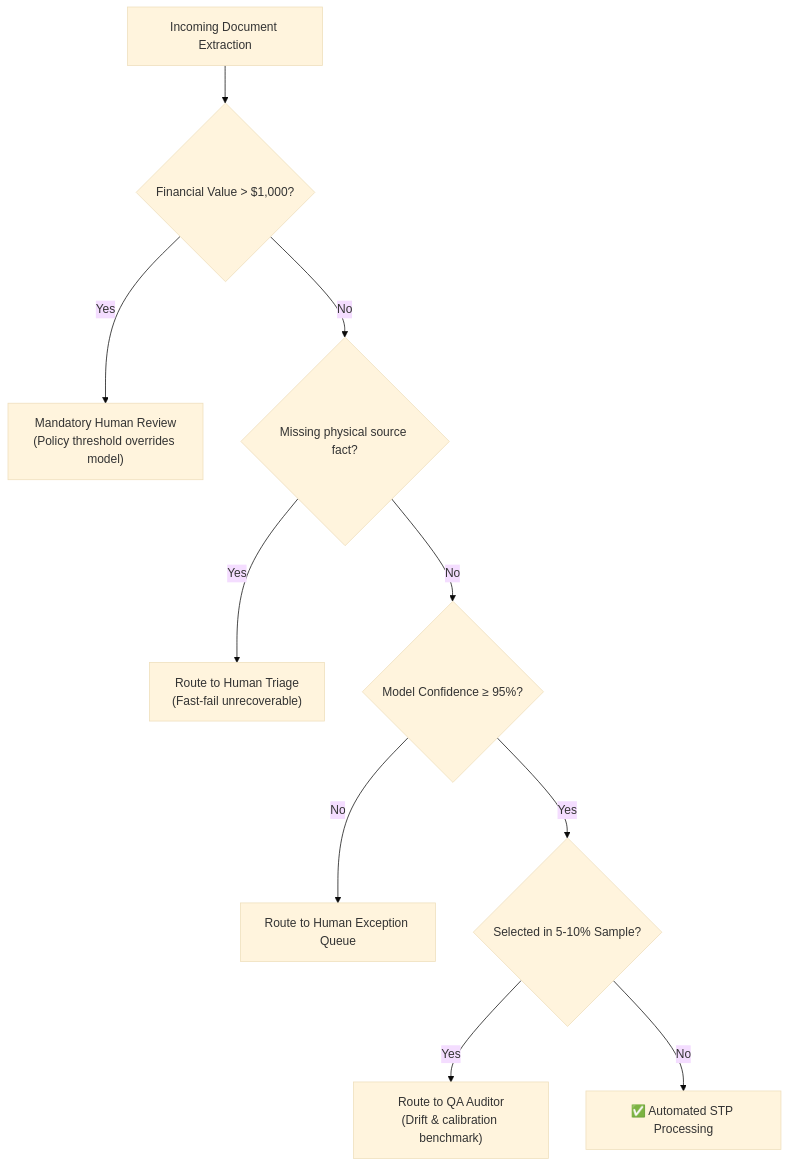
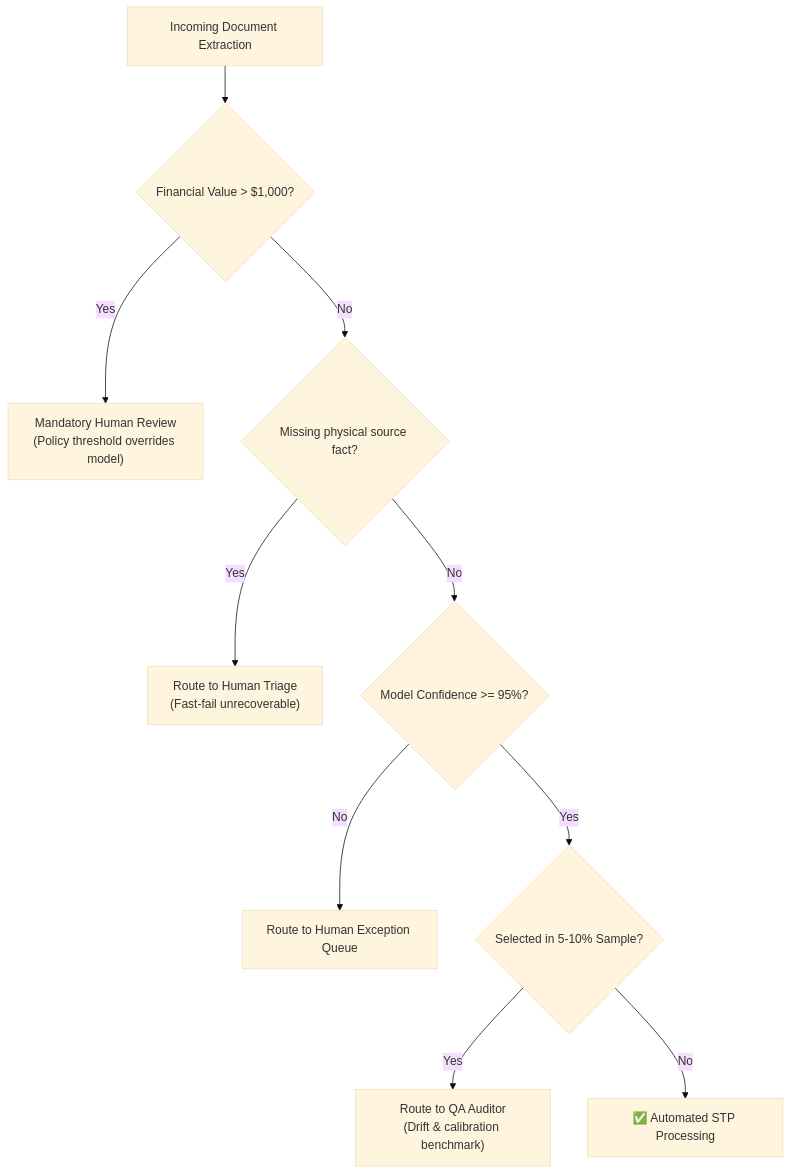
The fifth of 6 diagrams in domain5/KEY_CONCEPTS.md (dip4k/claude_cert_architect_foundation_prep), drawn with Mermaid (base theme) before and after one commit. The commit also changed other lines of this file and 31 other files, not shown here.

Commit message:
docs: standardize October 2026 Mermaid syntax, align Domain 5 to official 15% weight, and enrich Prompt Caching architecture

````diff
--- a/domain5/KEY_CONCEPTS.md
+++ b/domain5/KEY_CONCEPTS.md
@@ -261,12 +261,12 @@
 ```mermaid
 flowchart TD
-    Doc["Incoming Document Extraction"] --> ValueCheck{"Financial Value &gt; $1,000?"}
-    ValueCheck -- "Yes" --> HighValReview["Mandatory Human Review<br/>(Policy threshold overrides model)"]
+    Doc["Incoming Document Extraction"] --> ValueCheck{"Financial Value > $1,000?"}
+    ValueCheck -- "Yes" --> HighValReview["Mandatory Human Review<br>(Policy threshold overrides model)"]
     ValueCheck -- "No" --> UnrecCheck{"Missing physical source fact?"}
-    UnrecCheck -- "Yes" --> HumanTriage["Route to Human Triage<br/>(Fast-fail unrecoverable)"]
-    UnrecCheck -- "No" --> ConfCheck{"Model Confidence &ge; 95%?"}
+    UnrecCheck -- "Yes" --> HumanTriage["Route to Human Triage<br>(Fast-fail unrecoverable)"]
+    UnrecCheck -- "No" --> ConfCheck{"Model Confidence >= 95%?"}
     ConfCheck -- "No" --> HumanQueue["Route to Human Exception Queue"]
     ConfCheck -- "Yes" --> StratCheck{"Selected in 5-10% Sample?"}
-    StratCheck -- "Yes" --> Auditor["Route to QA Auditor<br/>(Drift & calibration benchmark)"]
+    StratCheck -- "Yes" --> Auditor["Route to QA Auditor<br>(Drift & calibration benchmark)"]
     StratCheck -- "No" --> STP["✅ Automated STP Processing"]
 ```
````
